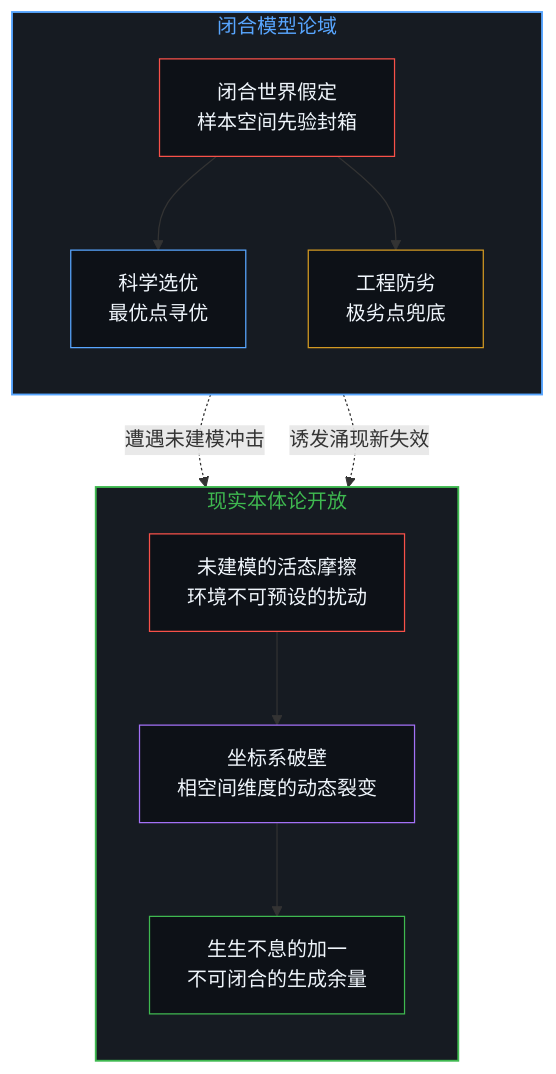
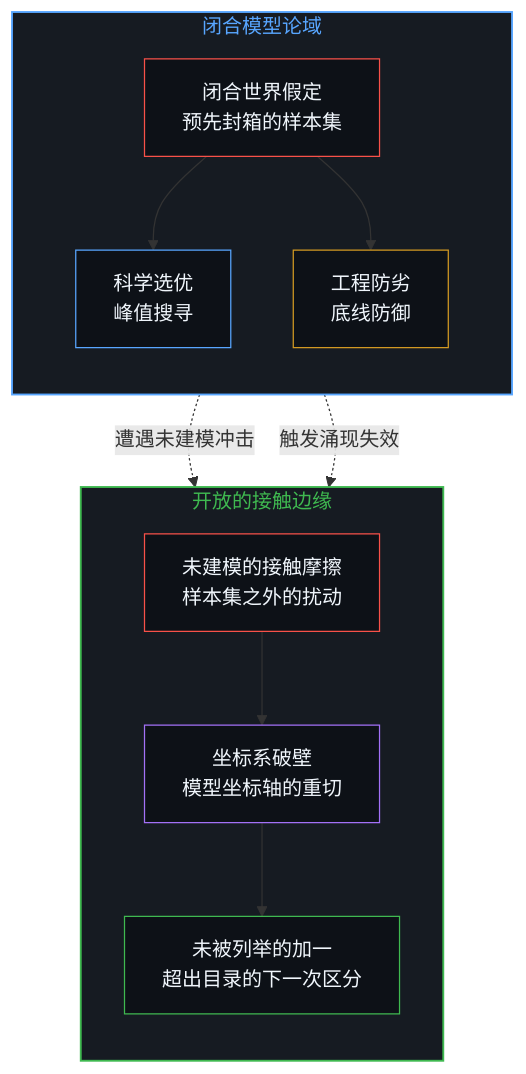
The first of 4 diagrams in content/posts/the-closed-n-and-the-open-reality.md (powerpig99/not-a-toe), drawn with Mermaid before and after one commit. The commit also changed other lines of this file and 13 other files, not shown here.

````diff
--- a/content/posts/the-closed-n-and-the-open-reality.md
+++ b/content/posts/the-closed-n-and-the-open-reality.md
@@ -17,29 +17,29 @@
 ```mermaid
 flowchart TD
     subgraph S_CLOSED[" 闭合模型论域 "]
         direction TB
-        SCI["科学选优<br/>最优点寻优"]
-        ENG["工程防劣<br/>极劣点兜底"]
-        ASSUMP["闭合世界假定<br/>样本空间先验封箱"]
+        SCI["科学选优<br/>峰值搜寻"]
+        ENG["工程防劣<br/>底线防御"]
+        ASSUMP["闭合世界假定<br/>预先封箱的样本集"]
     end
-    subgraph S_REALITY[" 现实本体论开放 "]
+    subgraph S_REALITY[" 开放的接触边缘 "]
         direction TB
-        FRICTION["未建模的活态摩擦<br/>环境不可预设的扰动"]
-        RUPTURE["坐标系破壁<br/>相空间维度的动态裂变"]
-        INFINITY["生生不息的加一<br/>不可闭合的生成余量"]
+        FRICTION["未建模的接触摩擦<br/>样本集之外的扰动"]
+        RUPTURE["坐标系破壁<br/>模型坐标轴的重切"]
+        INFINITY["未被列举的加一<br/>超出目录的下一次区分"]
     end
     ASSUMP --> SCI
     ASSUMP --> ENG
     SCI -.->|遭遇未建模冲击| FRICTION
-    ENG -.->|诱发涌现新失效| FRICTION
+    ENG -.->|触发涌现失效| FRICTION
     FRICTION --> RUPTURE
     RUPTURE --> INFINITY
     style S_CLOSED fill:#161b22,stroke:#58a6ff,stroke-width:1.5px,color:#58a6ff
     style S_REALITY fill:#161b22,stroke:#3fb950,stroke-width:1.5px,color:#3fb950
     style SCI fill:#0d1117,stroke:#58a6ff,stroke-width:1px,color:#f0f6fc
     style ENG fill:#0d1117,stroke:#d29922,stroke-width:1px,color:#f0f6fc
     style ASSUMP fill:#0d1117,stroke:#f85149,stroke-width:1px,color:#f0f6fc
     style FRICTION fill:#0d1117,stroke:#f85149,stroke-width:1px,color:#f0f6fc
     style RUPTURE fill:#0d1117,stroke:#a371f7,stroke-width:1px,color:#f0f6fc
     style INFINITY fill:#0d1117,stroke:#3fb950,stroke-width:1px,color:#f0f6fc
 ```
````
